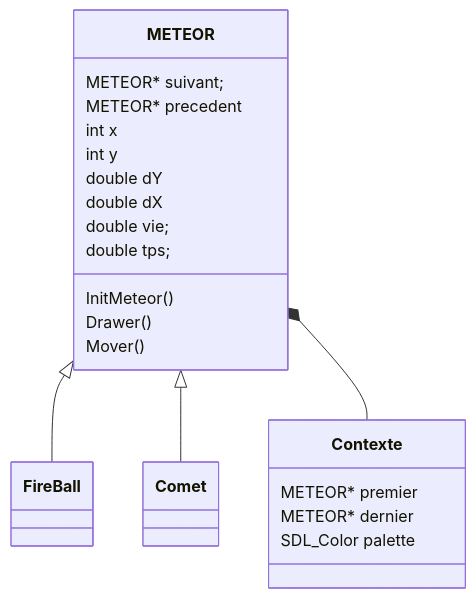
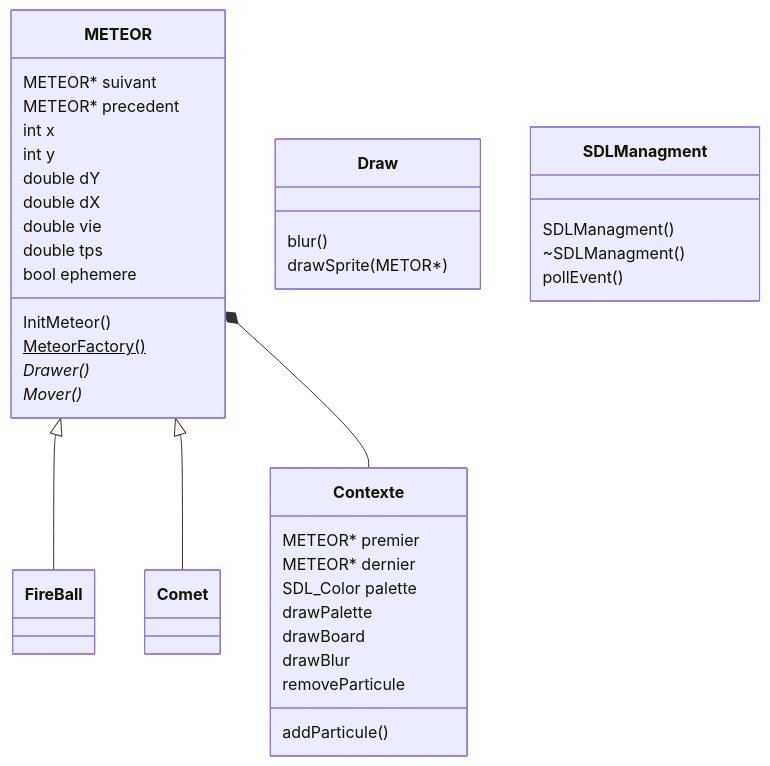
The diagram in README.md (leorse/fireball), drawn with Mermaid before and after one commit. The commit also changed 7 other files, not shown here.

````diff
--- a/README.md
+++ b/README.md
@@ -7,33 +7,51 @@
 ```mermaid
 classDiagram
     METEOR<|--FireBall
     METEOR<|--Comet
     METEOR*--Contexte
     class METEOR {
-        METEOR* suivant;
+        METEOR* suivant
         METEOR* precedent
         int x
         int y
         double dY
         double dX
-        double vie;
-        double tps;
+        double vie
+        double tps
+        bool ephemere
 
         InitMeteor()
-        Drawer()
-        Mover()
+        MeteorFactory()$
+        Drawer()*
+        Mover()*
     }
 
     class FireBall {
 
     }
     class Comet{
         
     }
 
+    class Draw {
+        blur()
+        drawSprite(METOR*)
+    }
+
     class Contexte {
         METEOR* premier
         METEOR* dernier
         SDL_Color palette
+        drawPalette
+        drawBoard
+        drawBlur
+        addParticule()
+        removeParticule
+    }
+
+    class SDLManagment {
+        SDLManagment()
+        ~SDLManagment()
+        pollEvent()
     }
 ```
````
